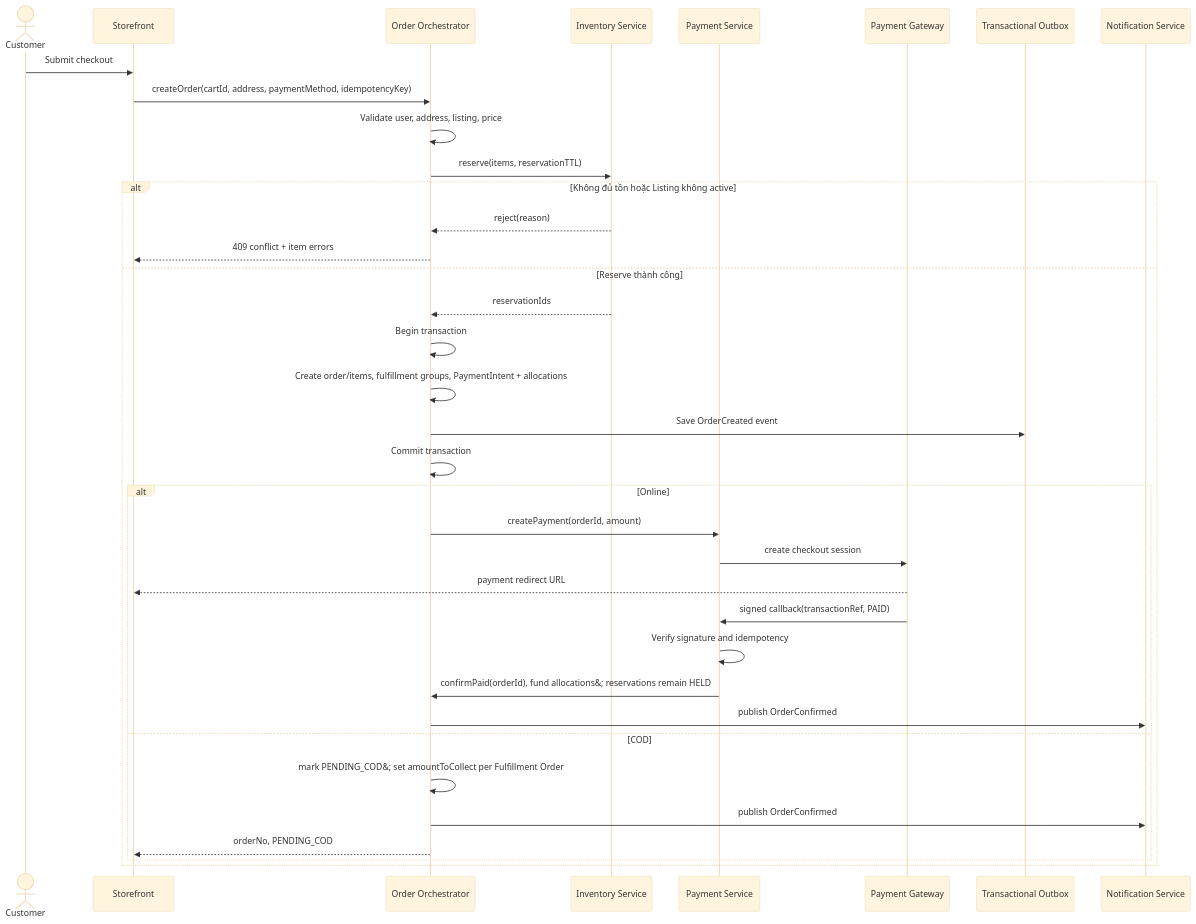
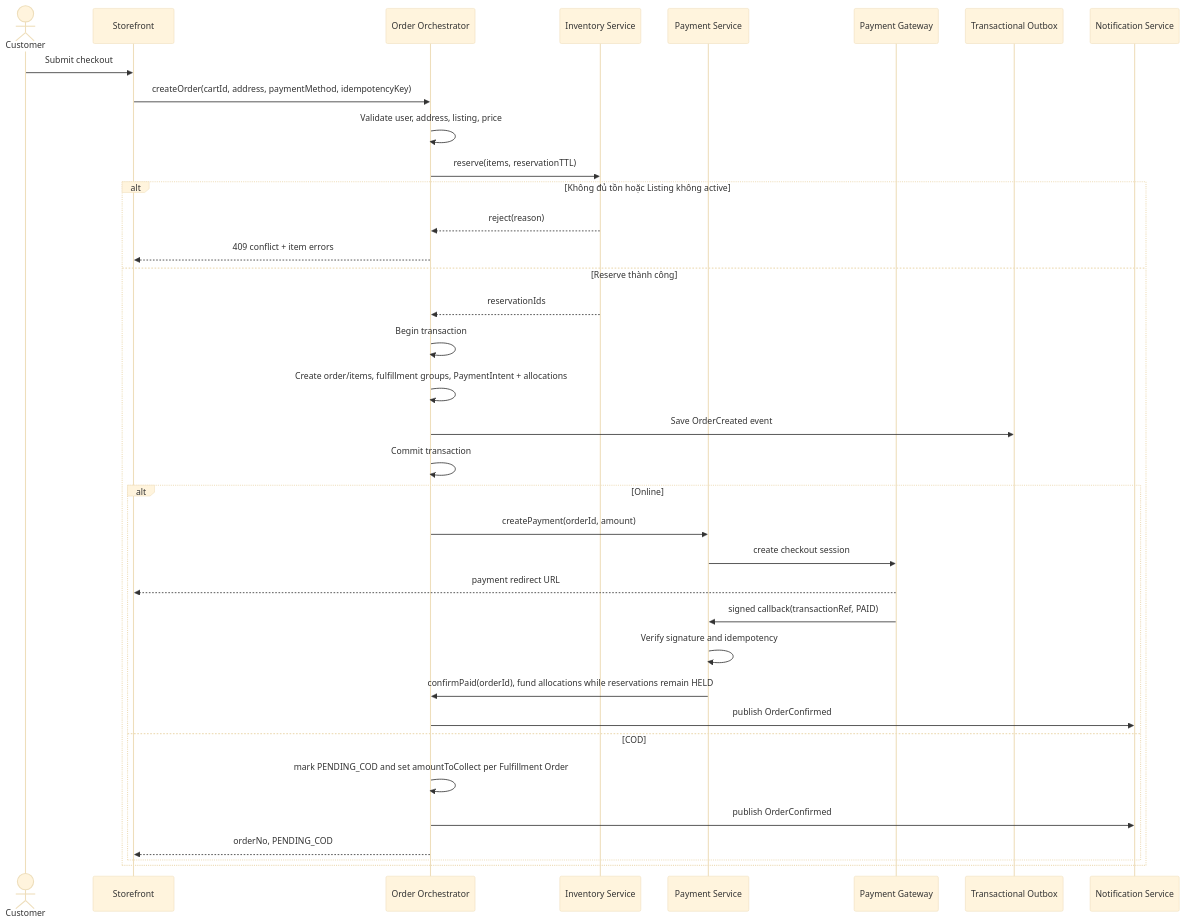
One commit to NguyenVoLyDo/Project-XD-and-PTPM changed the diagram in docs/mermaid/16-detailed-checkout.mmd. Above: the diagram before and after it, drawn with Mermaid (base theme). The commit also changed 4 other files, not shown here.

Commit message:
sửa các diagram còn bị lỗi hiển thị

```diff
--- a/docs/mermaid/16-detailed-checkout.mmd
+++ b/docs/mermaid/16-detailed-checkout.mmd
@@ -1,37 +1,37 @@
 sequenceDiagram
   actor C as Customer
   participant UI as Storefront
   participant Order as Order Orchestrator
   participant Inv as Inventory Service
   participant Pay as Payment Service
   participant GW as Payment Gateway
   participant Outbox as Transactional Outbox
   participant Notify as Notification Service
 
   C->>UI: Submit checkout
   UI->>Order: createOrder(cartId, address, paymentMethod, idempotencyKey)
   Order->>Order: Validate user, address, listing, price
   Order->>Inv: reserve(items, reservationTTL)
   alt Không đủ tồn hoặc Listing không active
     Inv-->>Order: reject(reason)
     Order-->>UI: 409 conflict + item errors
   else Reserve thành công
     Inv-->>Order: reservationIds
     Order->>Order: Begin transaction
     Order->>Order: Create order/items, fulfillment groups, PaymentIntent + allocations
     Order->>Outbox: Save OrderCreated event
     Order->>Order: Commit transaction
     alt Online
       Order->>Pay: createPayment(orderId, amount)
       Pay->>GW: create checkout session
       GW-->>UI: payment redirect URL
       GW->>Pay: signed callback(transactionRef, PAID)
       Pay->>Pay: Verify signature and idempotency
-      Pay->>Order: confirmPaid(orderId), fund allocations&#59; reservations remain HELD
+      Pay->>Order: confirmPaid(orderId), fund allocations while reservations remain HELD
       Order->>Notify: publish OrderConfirmed
     else COD
-      Order->>Order: mark PENDING_COD&#59; set amountToCollect per Fulfillment Order
+      Order->>Order: mark PENDING_COD and set amountToCollect per Fulfillment Order
       Order->>Notify: publish OrderConfirmed
       Order-->>UI: orderNo, PENDING_COD
     end
   end
```
